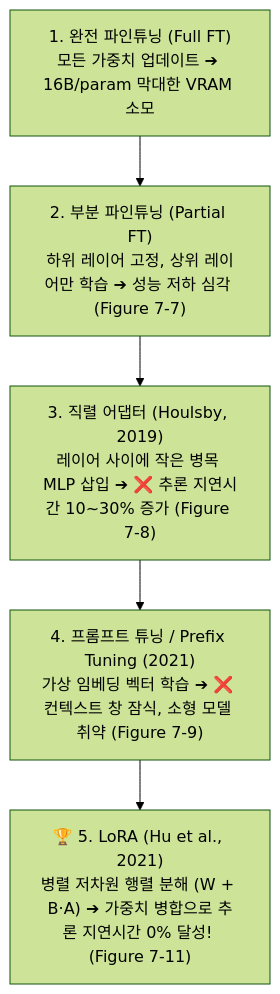
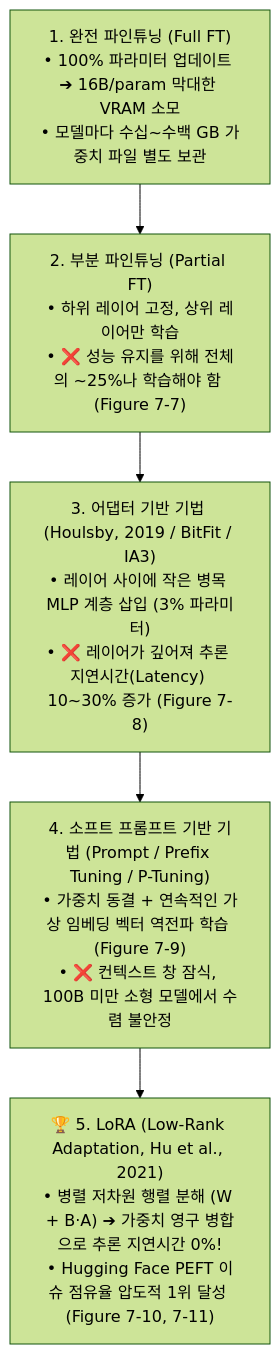
Before and after one commit to sing-u8/AI-Engineering: the first of 4 diagrams in chapter-qa/ch07-fine-tuning-qa/03-peft-lora-and-qlora.md, drawn with Mermaid (forest theme). The commit also changed other lines of this file, not shown here.

Commit message:
docs(ch07): Section 1 PEFT 진화(Figure 7-7~7-10, 소프트 프롬프트, 고유 차원 이론) 완결판 보강

````diff
--- a/chapter-qa/ch07-fine-tuning-qa/03-peft-lora-and-qlora.md
+++ b/chapter-qa/ch07-fine-tuning-qa/03-peft-lora-and-qlora.md
@@ -38,7 +40,7 @@
 ```mermaid
 flowchart TD
-    Full["1. 완전 파인튜닝 (Full FT)\n모든 가중치 업데이트 ➔ 16B/param 막대한 VRAM 소모"] --> Partial["2. 부분 파인튜닝 (Partial FT)\n하위 레이어 고정, 상위 레이어만 학습 ➔ 성능 저하 심각 (Figure 7-7)"]
-    Partial --> Adapter["3. 직렬 어댑터 (Houlsby, 2019)\n레이어 사이에 작은 병목 MLP 삽입 ➔ ❌ 추론 지연시간 10~30% 증가 (Figure 7-8)"]
-    Adapter --> Soft["4. 프롬프트 튜닝 / Prefix Tuning (2021)\n가상 임베딩 벡터 학습 ➔ ❌ 컨텍스트 창 잠식, 소형 모델 취약 (Figure 7-9)"]
-    Soft --> LoRA["🏆 5. LoRA (Hu et al., 2021)\n병렬 저차원 행렬 분해 (W + B·A) ➔ 가중치 병합으로 추론 지연시간 0% 달성! (Figure 7-11)"]
+    Full["1. 완전 파인튜닝 (Full FT)\n• 100% 파라미터 업데이트 ➔ 16B/param 막대한 VRAM 소모\n• 모델마다 수십~수백 GB 가중치 파일 별도 보관"] --> Partial["2. 부분 파인튜닝 (Partial FT)\n• 하위 레이어 고정, 상위 레이어만 학습\n• ❌ 성능 유지를 위해 전체의 ~25%나 학습해야 함 (Figure 7-7)"]
+    Partial --> Adapter["3. 어댑터 기반 기법 (Houlsby, 2019 / BitFit / IA3)\n• 레이어 사이에 작은 병목 MLP 계층 삽입 (3% 파라미터)\n• ❌ 레이어가 깊어져 추론 지연시간(Latency) 10~30% 증가 (Figure 7-8)"]
+    Adapter --> Soft["4. 소프트 프롬프트 기반 기법 (Prompt / Prefix Tuning / P-Tuning)\n• 가중치 동결 + 연속적인 가상 임베딩 벡터 역전파 학습 (Figure 7-9)\n• ❌ 컨텍스트 창 잠식, 100B 미만 소형 모델에서 수렴 불안정"]
+    Soft --> LoRA["🏆 5. LoRA (Low-Rank Adaptation, Hu et al., 2021)\n• 병렬 저차원 행렬 분해 (W + B·A) ➔ 가중치 영구 병합으로 추론 지연시간 0%!\n• Hugging Face PEFT 이슈 점유율 압도적 1위 달성 (Figure 7-10, 7-11)"]
 ```
````
